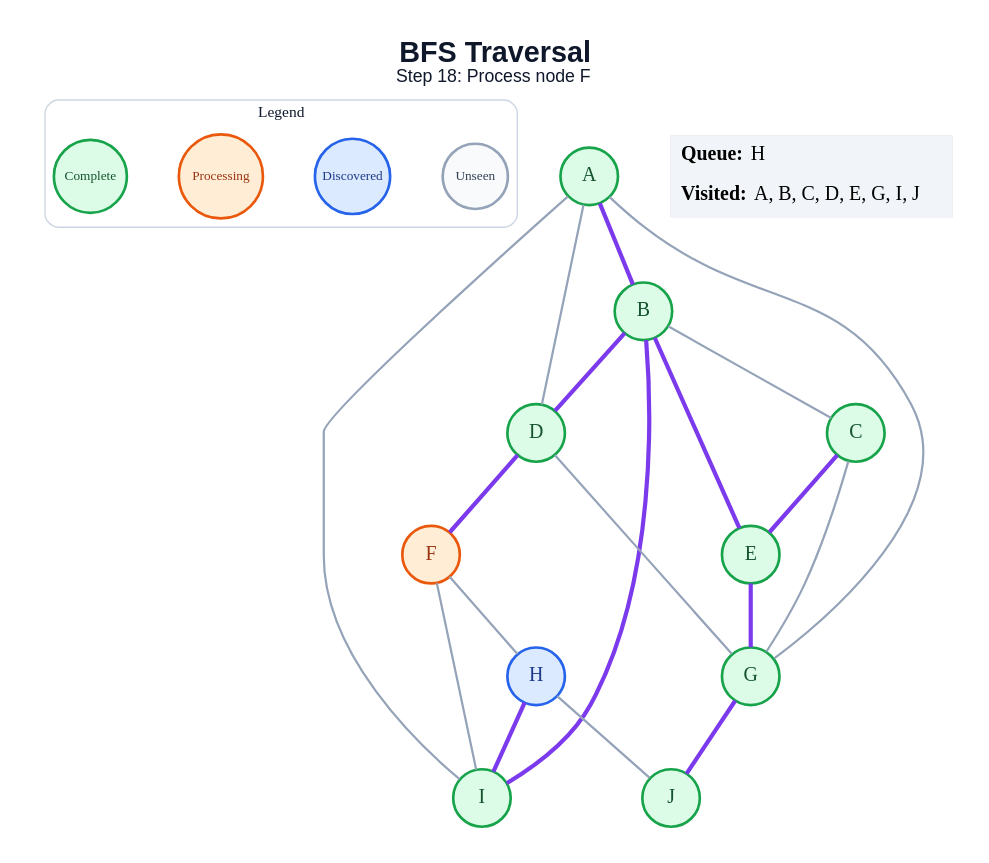
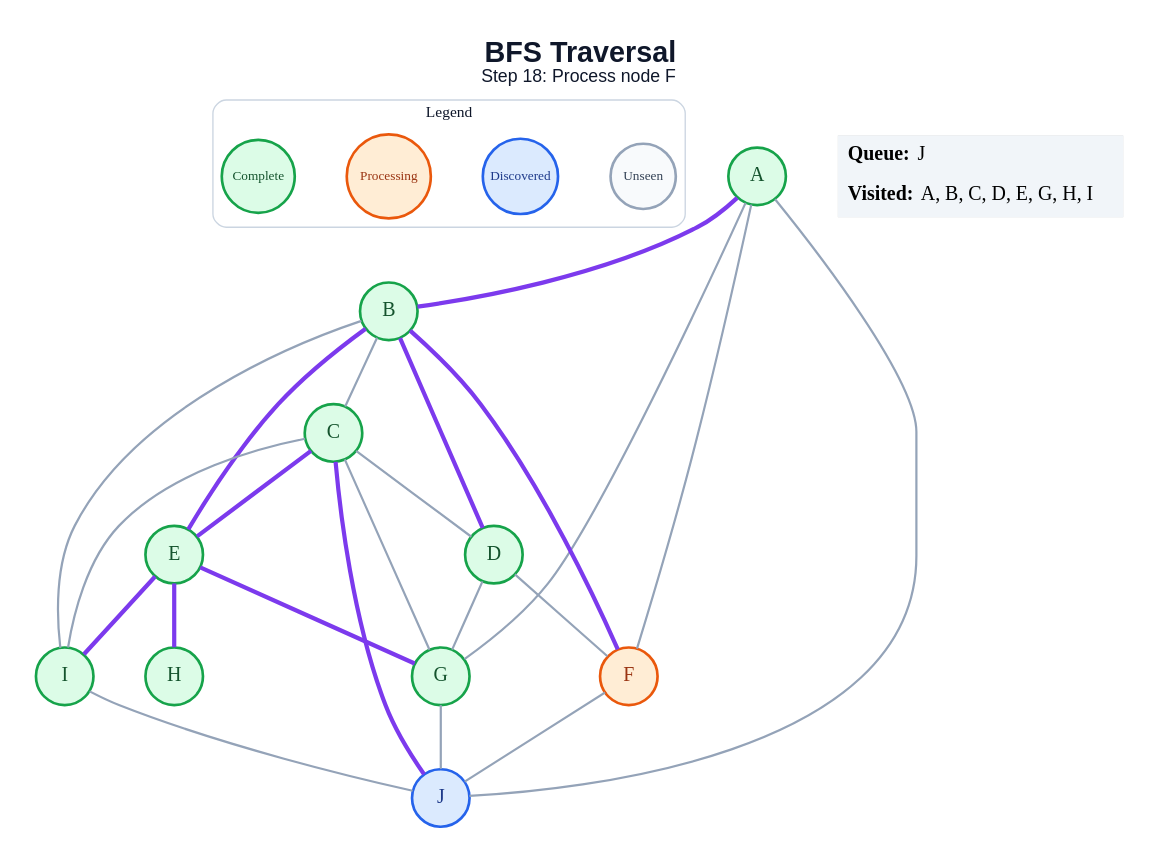
One commit to amanghodawala9/ai-slop changed the diagram in generated/specific-node/bfs/step_18.dot. Above: the diagram before and after it, drawn with Graphviz. The commit also changed 178 other files, not shown here.

```diff
--- a/generated/specific-node/bfs/step_18.dot
+++ b/generated/specific-node/bfs/step_18.dot
@@ -1,47 +1,51 @@
 graph traversal {
   graph [layout=dot, rankdir=TB, bgcolor="#FFFFFF", pad="0.35", nodesep="0.65", ranksep="0.8", fontname="Arial"];
   node [shape=circle, style="filled", fontname="Arial Bold", fontsize=18, width=0.72, fixedsize=true, penwidth=2.4];
   edge [color="#94A3B8", penwidth=2.0];
   label=<<B>BFS Traversal</B><BR/><FONT POINT-SIZE="16">Step 18: Process node F</FONT>>; labelloc="t"; fontsize=26; fontname="Arial"; fontcolor="#0F172A";
   subgraph cluster_legend { label="Legend"; color="#CBD5E1"; penwidth=1.2; style="rounded"; fontsize=14; fontname="Arial Bold";
     key_unseen [label="Unseen", fillcolor="#F8FAFC", color="#94A3B8", fontcolor="#334155", fontsize=12, width=0.82];
     key_frontier [label="Discovered", fillcolor="#DBEAFE", color="#2563EB", fontcolor="#1E3A8A", fontsize=12, width=0.95];
     key_current [label="Processing", fillcolor="#FFEDD5", color="#EA580C", fontcolor="#9A3412", fontsize=12, width=1.05];
     key_done [label="Complete", fillcolor="#DCFCE7", color="#16A34A", fontcolor="#14532D", fontsize=12, width=0.92];
     { rank=same; key_unseen; key_frontier; key_current; key_done; }
   }
   A [fillcolor="#DCFCE7", color="#16A34A", fontcolor="#14532D"];
   B [fillcolor="#DCFCE7", color="#16A34A", fontcolor="#14532D"];
   C [fillcolor="#DCFCE7", color="#16A34A", fontcolor="#14532D"];
   D [fillcolor="#DCFCE7", color="#16A34A", fontcolor="#14532D"];
   E [fillcolor="#DCFCE7", color="#16A34A", fontcolor="#14532D"];
   F [fillcolor="#FFEDD5", color="#EA580C", fontcolor="#9A3412"];
   G [fillcolor="#DCFCE7", color="#16A34A", fontcolor="#14532D"];
-  H [fillcolor="#DBEAFE", color="#2563EB", fontcolor="#1E3A8A"];
+  H [fillcolor="#DCFCE7", color="#16A34A", fontcolor="#14532D"];
   I [fillcolor="#DCFCE7", color="#16A34A", fontcolor="#14532D"];
-  J [fillcolor="#DCFCE7", color="#16A34A", fontcolor="#14532D"];
+  J [fillcolor="#DBEAFE", color="#2563EB", fontcolor="#1E3A8A"];
   A -- B [color="#7C3AED", penwidth=3.8];
-  A -- D;
+  A -- F;
   A -- G;
-  A -- I;
+  A -- J;
   B -- C;
   B -- D [color="#7C3AED", penwidth=3.8];
   B -- E [color="#7C3AED", penwidth=3.8];
-  B -- I [color="#7C3AED", penwidth=3.8];
+  B -- F [color="#7C3AED", penwidth=3.8];
+  B -- I;
+  C -- D;
   C -- E [color="#7C3AED", penwidth=3.8];
   C -- G;
-  D -- F [color="#7C3AED", penwidth=3.8];
+  C -- I;
+  C -- J [color="#7C3AED", penwidth=3.8];
+  D -- F;
   D -- G;
   E -- G [color="#7C3AED", penwidth=3.8];
-  F -- H;
-  F -- I;
-  G -- J [color="#7C3AED", penwidth=3.8];
-  H -- I [color="#7C3AED", penwidth=3.8];
-  H -- J;
+  E -- H [color="#7C3AED", penwidth=3.8];
+  E -- I [color="#7C3AED", penwidth=3.8];
+  F -- J;
+  G -- J;
+  I -- J;
   status [shape=plain, fixedsize=false, width=0, height=0, margin=0, label=<
     <TABLE BORDER="0" CELLBORDER="0" CELLPADDING="7" BGCOLOR="#F1F5F9">
-      <TR><TD ALIGN="LEFT"><B>Queue:</B> H</TD></TR>
-      <TR><TD ALIGN="LEFT"><B>Visited:</B> A, B, C, D, E, G, I, J</TD></TR>
+      <TR><TD ALIGN="LEFT"><B>Queue:</B> J</TD></TR>
+      <TR><TD ALIGN="LEFT"><B>Visited:</B> A, B, C, D, E, G, H, I</TD></TR>
     </TABLE>
   >];
 }
```
